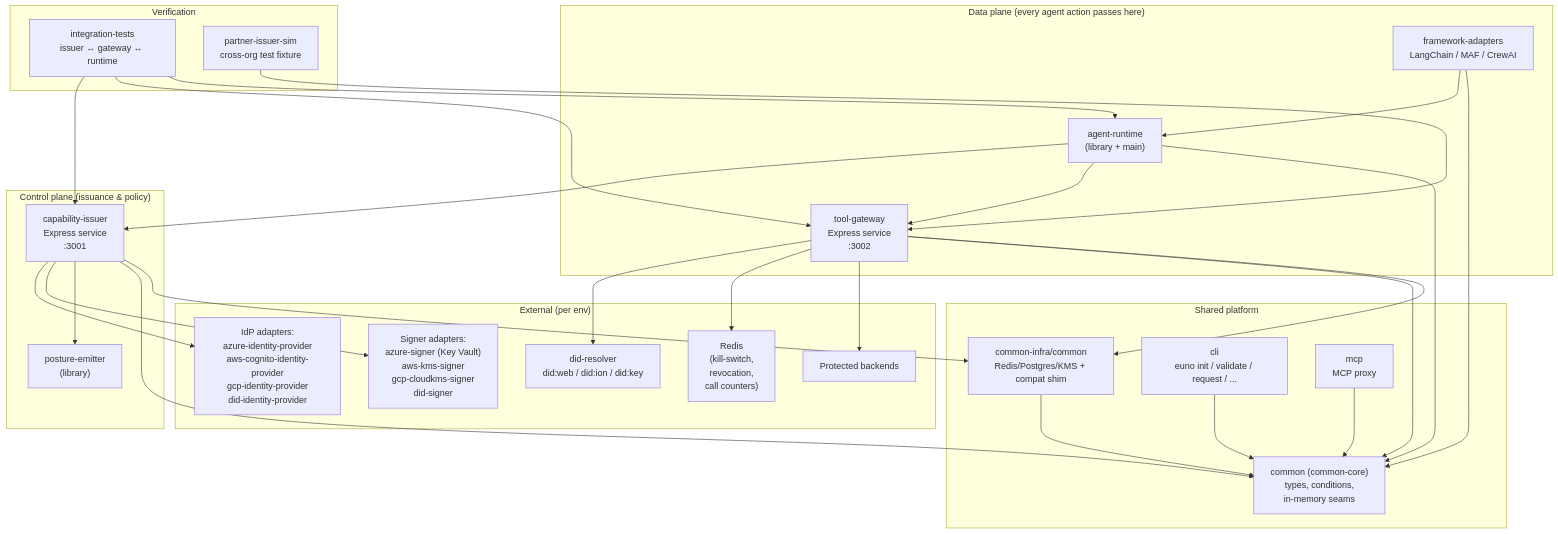
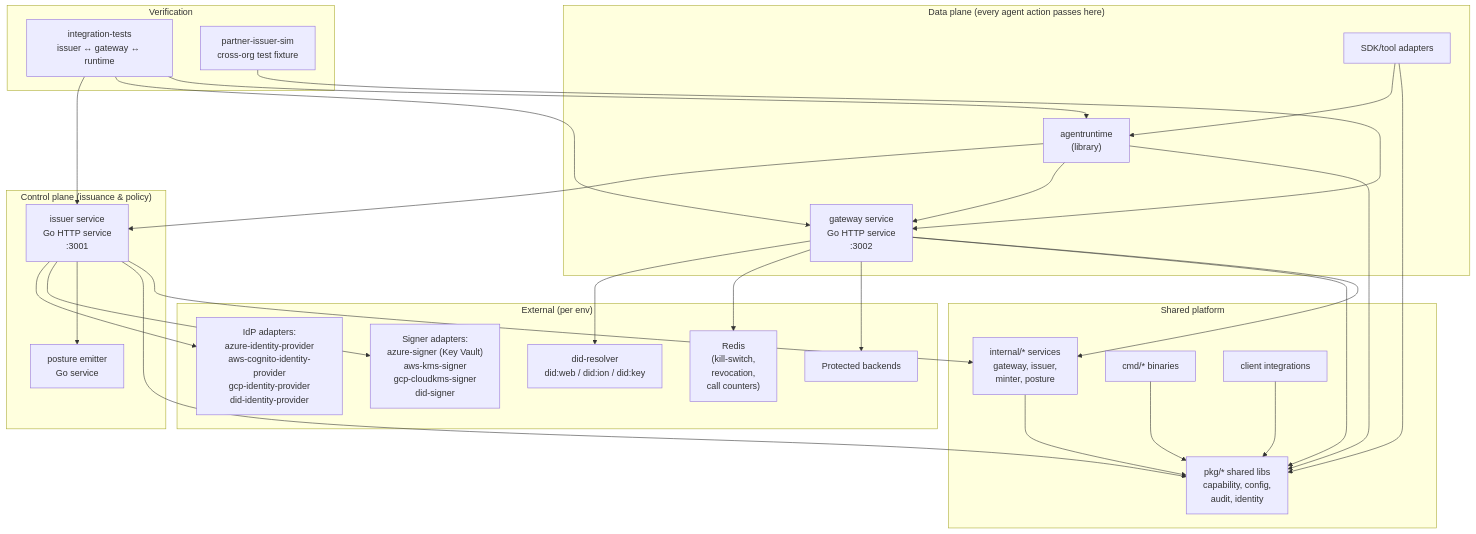
One commit to eunolabs/eunox changed the second of 14 diagrams in docs/ARCHITECTURE.md. Above: the diagram before and after it, drawn with Mermaid. The commit also changed other lines of this file and 15 other files, not shown here.

````diff
--- a/docs/ARCHITECTURE.md
+++ b/docs/ARCHITECTURE.md
@@ -86,56 +86,56 @@
 ```mermaid
 flowchart TB
     subgraph ControlPlane["Control plane (issuance & policy)"]
-        Issuer["capability-issuer<br/>Express service<br/>:3001"]
-        PostureEmitter["posture-emitter<br/>(library)"]
+        Issuer["issuer service<br/>Go HTTP service<br/>:3001"]
+        PostureEmitter["posture emitter<br/>Go service"]
     end
 
     subgraph DataPlane["Data plane (every agent action passes here)"]
-        Gateway["tool-gateway<br/>Express service<br/>:3002"]
-        Runtime["agent-runtime<br/>(library + main)"]
-        Adapters["framework-adapters<br/>LangChain / MAF / CrewAI"]
+        Gateway["gateway service<br/>Go HTTP service<br/>:3002"]
+        Runtime["agentruntime<br/>(library)"]
+        Adapters["SDK/tool adapters"]
     end
 
     subgraph Shared["Shared platform"]
-        CommonCore["common (common-core)<br/>types, conditions,<br/>in-memory seams"]
-        CommonInfra["common-infra/common<br/>Redis/Postgres/KMS + compat shim"]
-        CLI["cli<br/>euno init / validate / request / ..."]
-        MCP["mcp<br/>MCP proxy"]
+        CommonCore["pkg/* shared libs<br/>capability, config,<br/>audit, identity"]
+        CommonInfra["internal/* services<br/>gateway, issuer,<br/>minter, posture"]
+        CLI["cmd/* binaries"]
+        MCP["client integrations"]
     end
 
     subgraph External["External (per env)"]
         IdP["IdP adapters:<br/>azure-identity-provider<br/>aws-cognito-identity-provider<br/>gcp-identity-provider<br/>did-identity-provider"]
         Signer["Signer adapters:<br/>azure-signer (Key Vault)<br/>aws-kms-signer<br/>gcp-cloudkms-signer<br/>did-signer"]
         Resolver["did-resolver<br/>did:web / did:ion / did:key"]
         Redis["Redis<br/>(kill-switch,<br/>revocation,<br/>call counters)"]
         Backend["Protected backends"]
     end
 
     subgraph Tests["Verification"]
         Integ["integration-tests<br/>issuer ↔ gateway ↔ runtime"]
         PartnerSim["partner-issuer-sim<br/>cross-org test fixture"]
     end
 
     Adapters --> Runtime
     Runtime --> Issuer
     Runtime --> Gateway
     Issuer --> IdP
     Issuer --> Signer
     Issuer --> PostureEmitter
     Gateway --> Resolver
     Gateway --> Redis
     Gateway --> Backend
     Issuer --> CommonCore
     Gateway --> CommonCore
     Runtime --> CommonCore
     Adapters --> CommonCore
     CLI --> CommonCore
     MCP --> CommonCore
     CommonInfra --> CommonCore
     Issuer --> CommonInfra
     Gateway --> CommonInfra
     Integ --> Issuer
     Integ --> Gateway
     Integ --> Runtime
     PartnerSim --> Gateway
 ```
````
